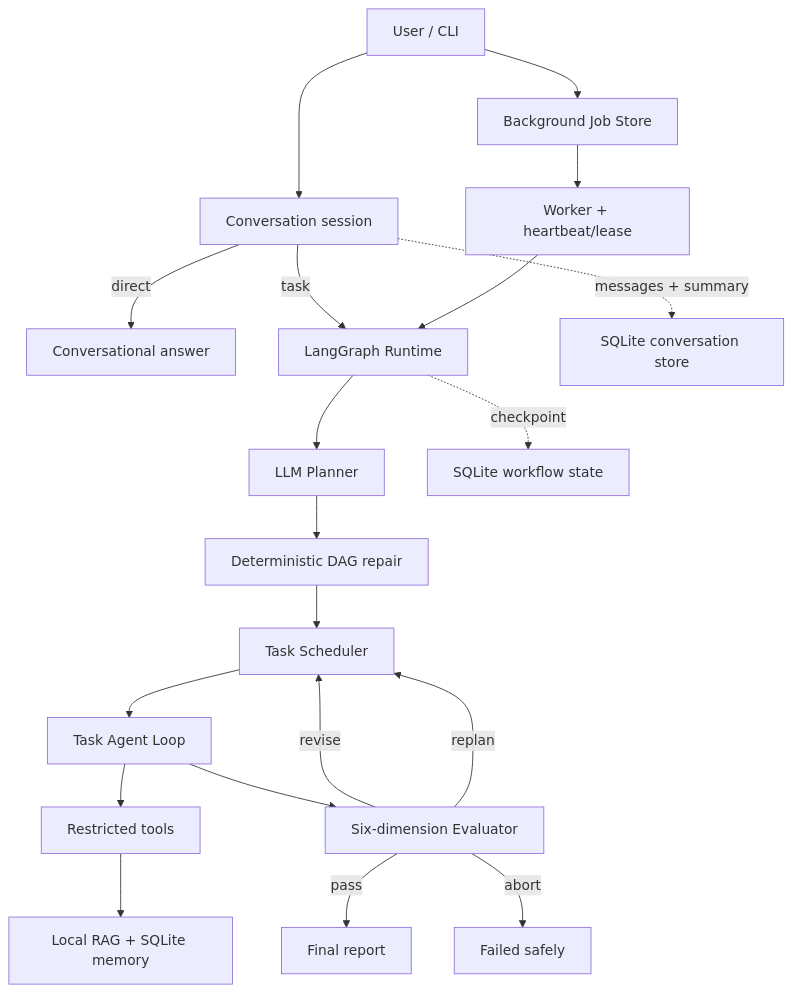
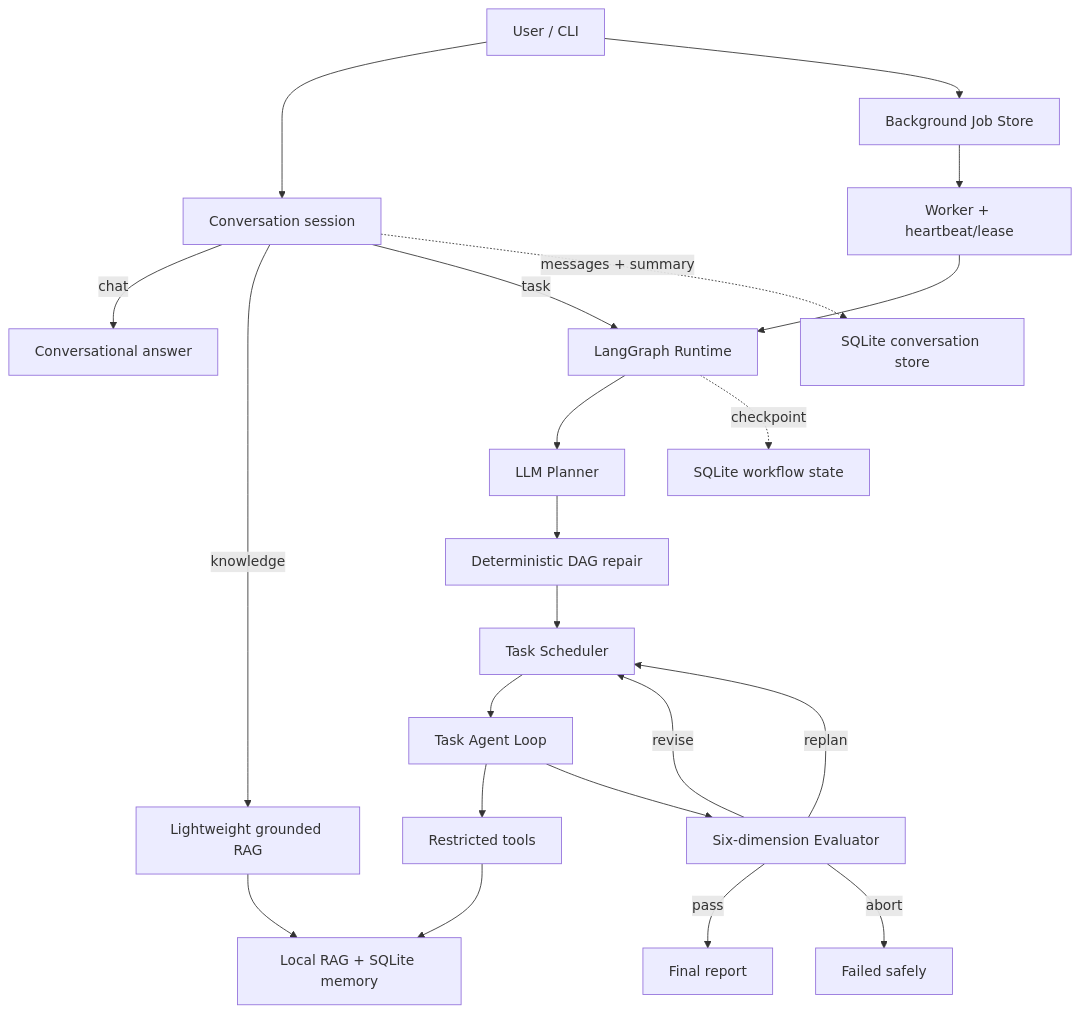
The diagram in README.md (hanleyao/durable-agent-runtime), drawn with Mermaid before and after one commit. The commit also changed other lines of this file and 22 other files, not shown here.

````diff
--- a/README.md
+++ b/README.md
@@ -69,22 +69,24 @@
 ```mermaid
 flowchart TD
     U["User / CLI"] --> H["Conversation session"]
-    H -->|direct| D["Conversational answer"]
+    H -->|chat| D["Conversational answer"]
+    H -->|knowledge| K["Lightweight grounded RAG"]
     H -->|task| R["LangGraph Runtime"]
     H -. messages + summary .-> Q["SQLite conversation store"]
     U --> J["Background Job Store"]
     J --> W["Worker + heartbeat/lease"]
     W --> R
     R --> P["LLM Planner"]
     P --> V["Deterministic DAG repair"]
     V --> S["Task Scheduler"]
     S --> A["Task Agent Loop"]
     A --> T["Restricted tools"]
     T --> G["Local RAG + SQLite memory"]
+    K --> G
     A --> E["Six-dimension Evaluator"]
     E -->|pass| O["Final report"]
     E -->|revise| S
     E -->|replan| S
     E -->|abort| F["Failed safely"]
     R -. checkpoint .-> C["SQLite workflow state"]
 ```
````
